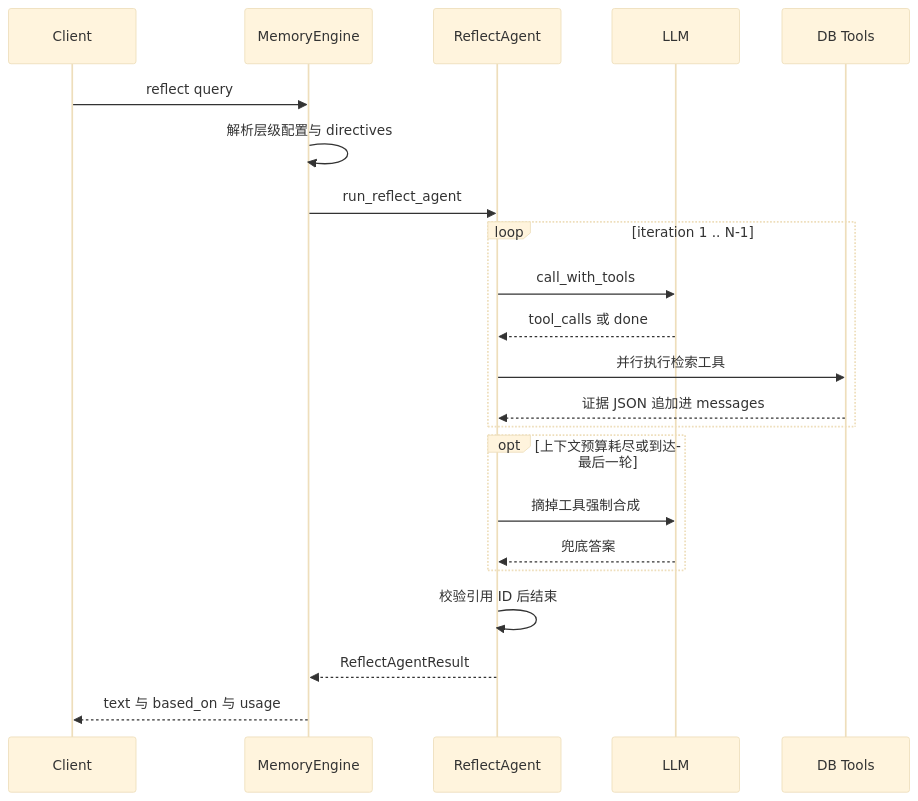
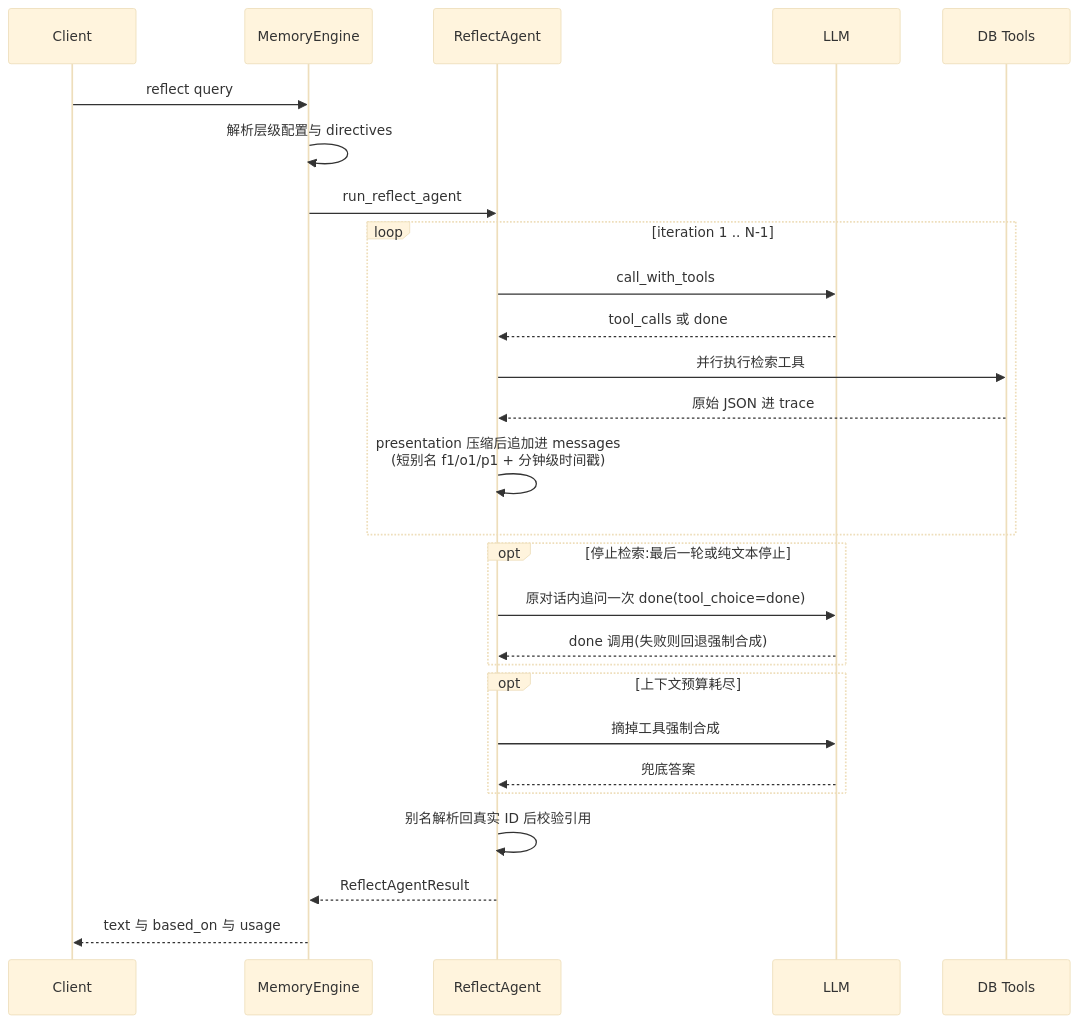
Before and after one commit to stefanv5/memory-platform-architecture: the first of 3 diagrams in docs/hindsight/source-study/04-reflect-与-consolidation.md, drawn with Mermaid (base theme). The commit also changed other lines of this file and 7 other files, not shown here.

````diff
--- a/docs/hindsight/source-study/04-reflect-与-consolidation.md
+++ b/docs/hindsight/source-study/04-reflect-与-consolidation.md
@@ -84,25 +86,30 @@
 ```mermaid
 sequenceDiagram
     participant C as Client
     participant E as MemoryEngine
     participant A as ReflectAgent
     participant L as LLM
     participant T as DB Tools
 
     C->>E: reflect query
     E->>E: 解析层级配置与 directives
     E->>A: run_reflect_agent
     loop iteration 1 .. N-1
         A->>L: call_with_tools
         L-->>A: tool_calls 或 done
         A->>T: 并行执行检索工具
-        T-->>A: 证据 JSON 追加进 messages
+        T-->>A: 原始 JSON 进 trace
+        A->>A: presentation 压缩后追加进 messages<br/>(短别名 f1/o1/p1 + 分钟级时间戳)
     end
-    opt 上下文预算耗尽或到达最后一轮
+    opt 停止检索:最后一轮或纯文本停止
+        A->>L: 原对话内追问一次 done(tool_choice=done)
+        L-->>A: done 调用(失败则回退强制合成)
+    end
+    opt 上下文预算耗尽
         A->>L: 摘掉工具强制合成
         L-->>A: 兜底答案
     end
-    A->>A: 校验引用 ID 后结束
+    A->>A: 别名解析回真实 ID 后校验引用
     A-->>E: ReflectAgentResult
     E-->>C: text 与 based_on 与 usage
 ```
````
